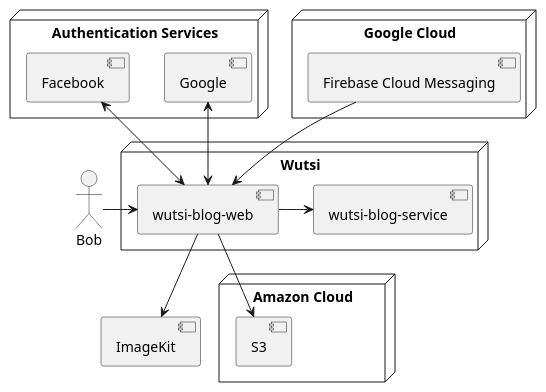
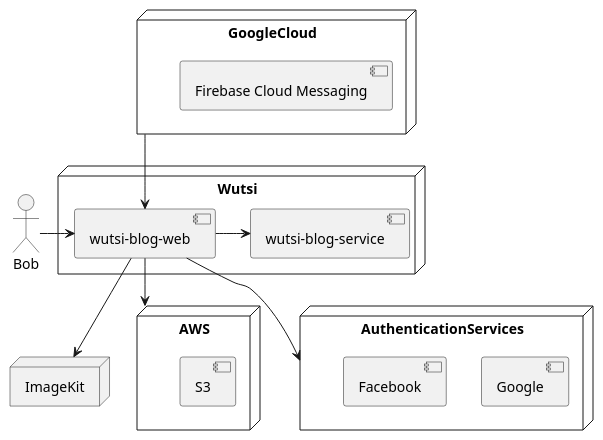
One commit to wutsi/wutsi.github.io changed the diagram in architecture/wutsi-blog-web.md. Above: the diagram before and after it, drawn with PlantUML. The commit also changed other lines of this file, not shown here.

````diff
--- a/architecture/wutsi-blog-web.md
+++ b/architecture/wutsi-blog-web.md
@@ -4,34 +4,35 @@
 ```plantuml
 @startuml
 
 Actor Bob
 node Wutsi {
     [wutsi-blog-web] 
     [wutsi-blog-service]
 }
 
-node "Amazon Cloud" {
+node AWS {
     [S3]
 }
 
-node "Authentication Services" {
+node AuthenticationServices {
     [Google]
     [Facebook]
 }
 
-node "Google Cloud" {
+node GoogleCloud {
     [Firebase Cloud Messaging]
 }
 
+node ImageKit
 
-[Firebase Cloud Messaging] --> [wutsi-blog-web] 
-[Google] <--> [wutsi-blog-web]
-[Facebook] <--> [wutsi-blog-web]
+
+GoogleCloud --> [wutsi-blog-web] 
+[wutsi-blog-web] --> AuthenticationServices
 
 Bob -> [wutsi-blog-web]
 [wutsi-blog-web] -> [wutsi-blog-service]
-[wutsi-blog-web] --> [ImageKit]
-[wutsi-blog-web] --> [S3]
+[wutsi-blog-web] --> ImageKit
+[wutsi-blog-web] --> AWS
 
 @enduml
 ```
````
